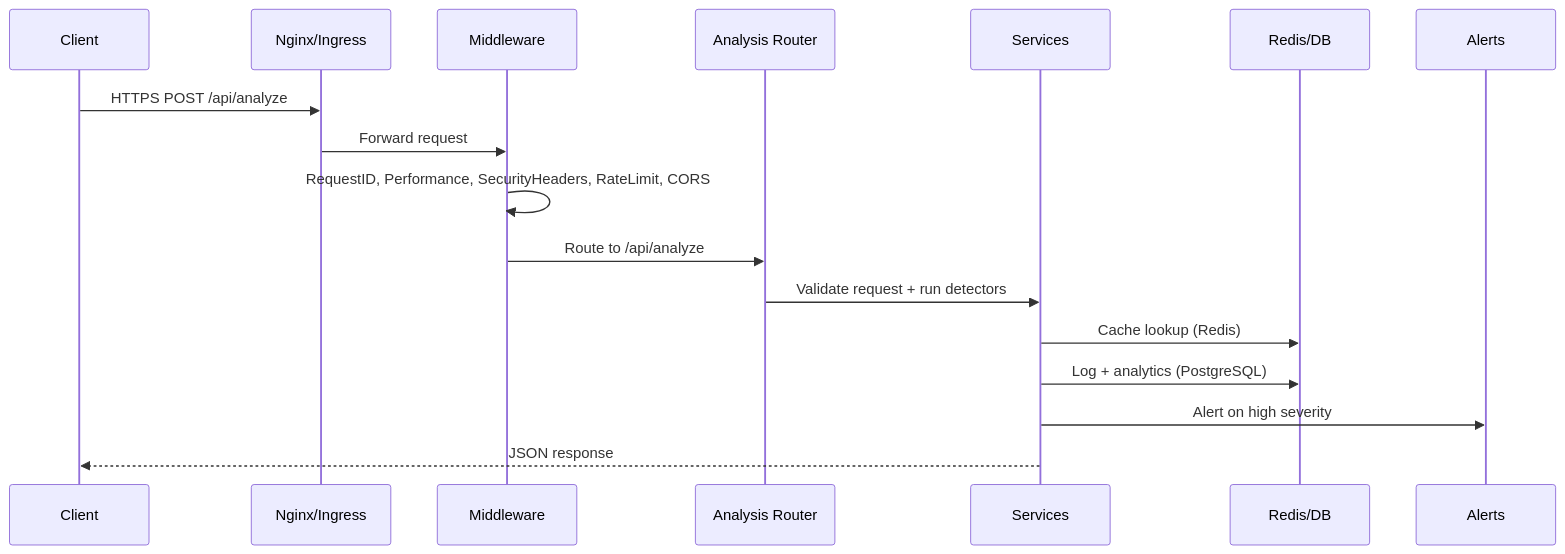
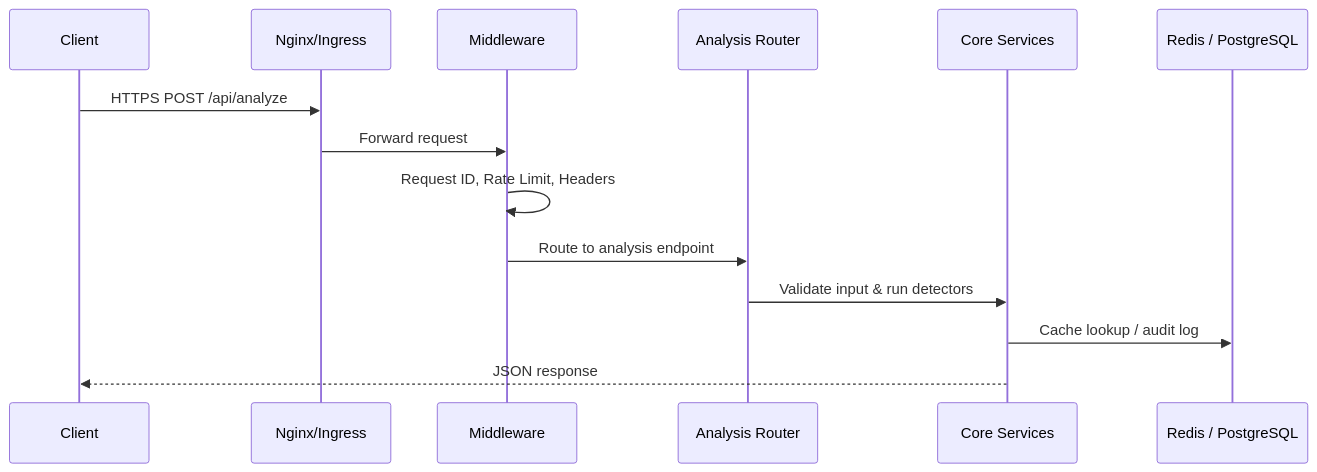
The fourth of 8 diagrams in docs/ARCHITECTURE.md (SabarishR08/llm-prompt-security-middleware), drawn with Mermaid before and after one commit. The commit also changed other lines of this file, not shown here.

````diff
--- a/docs/ARCHITECTURE.md
+++ b/docs/ARCHITECTURE.md
@@ -52,20 +56,17 @@
 ```mermaid
 sequenceDiagram
     participant C as Client
     participant N as Nginx/Ingress
     participant M as Middleware
     participant R as Analysis Router
-    participant S as Services
-    participant DB as Redis/DB
-    participant A as Alerts
+    participant S as Core Services
+    participant DB as Redis / PostgreSQL
 
     C->>N: HTTPS POST /api/analyze
     N->>M: Forward request
-    M->>M: RequestID, Performance, SecurityHeaders, RateLimit, CORS
-    M->>R: Route to /api/analyze
-    R->>S: Validate request + run detectors
-    S->>DB: Cache lookup (Redis)
-    S->>DB: Log + analytics (PostgreSQL)
-    S->>A: Alert on high severity
+    M->>M: Request ID, Rate Limit, Headers
+    M->>R: Route to analysis endpoint
+    R->>S: Validate input & run detectors
+    S->>DB: Cache lookup / audit log
     S-->>C: JSON response
 ```
````
